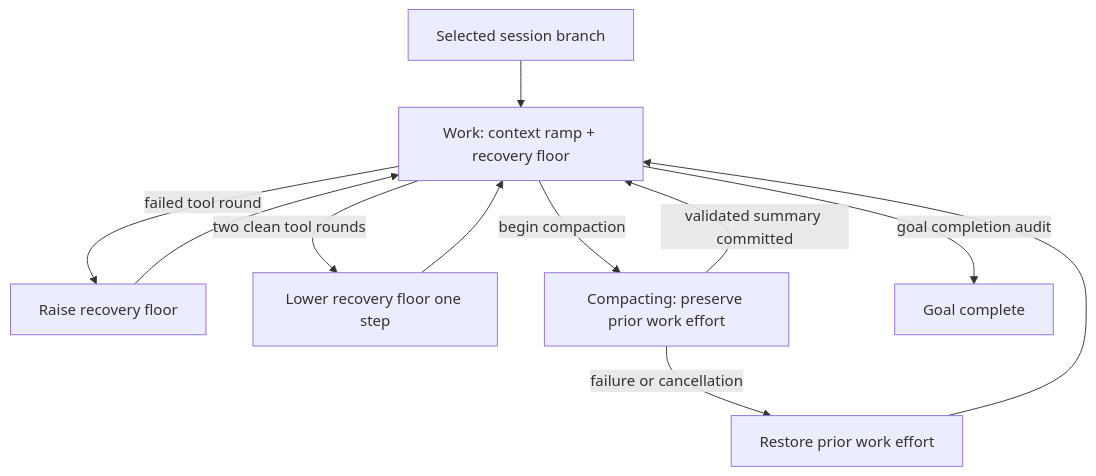
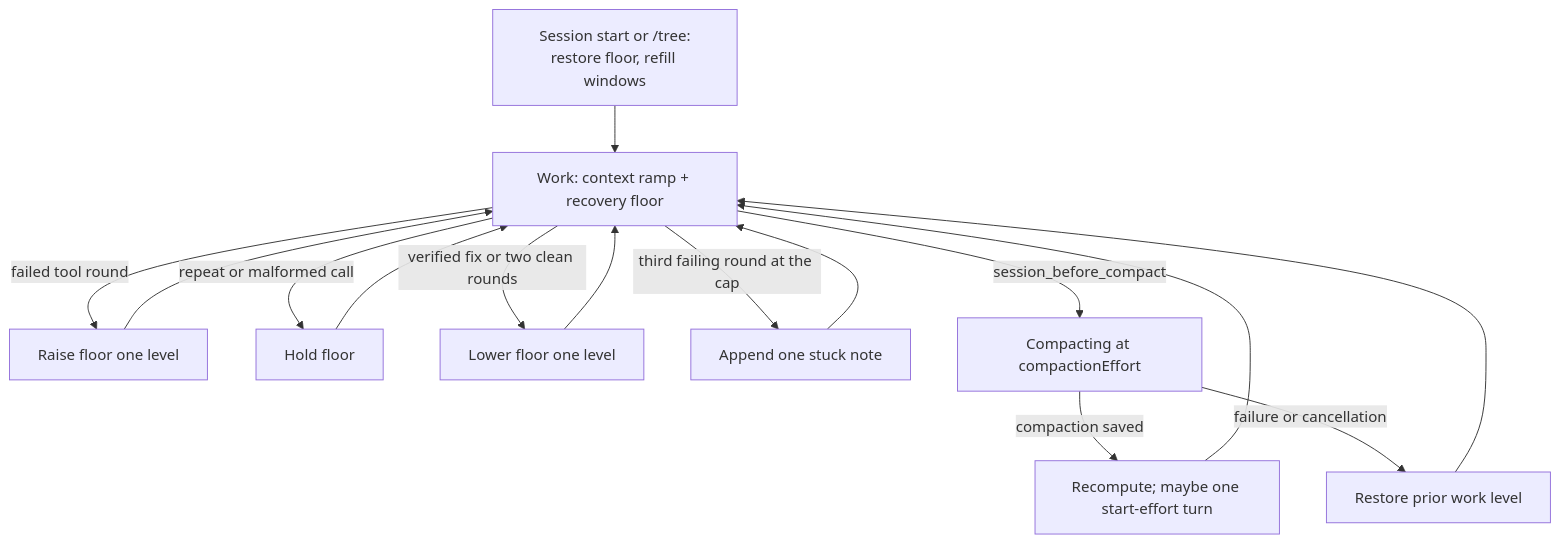
Before and after one commit to kkkaoru/dotfiles: the third of 3 diagrams in tools/pi-effort-manager/README.md, drawn with Mermaid. The commit also changed other lines of this file and 1 other file, not shown here.

First line of the commit message:
docs(pi-effort-manager): explain dynamic effort with diagrams and citations

````diff
--- a/tools/pi-effort-manager/README.md
+++ b/tools/pi-effort-manager/README.md
@@ -155,13 +250,17 @@
 ```mermaid
 flowchart TD
-  Branch[Selected session branch] --> Work[Work: context ramp + recovery floor]
-  Work -->|failed tool round| Recover[Raise recovery floor]
-  Recover --> Work
-  Work -->|two clean tool rounds| Lower[Lower recovery floor one step]
+  Branch["Session start or /tree:<br/>restore floor, refill windows"] --> Work["Work: context ramp + recovery floor"]
+  Work -->|failed tool round| Raise["Raise floor one level"]
+  Raise --> Work
+  Work -->|repeat or malformed call| Hold["Hold floor"]
+  Hold --> Work
+  Work -->|verified fix or two clean rounds| Lower["Lower floor one level"]
   Lower --> Work
-  Work -->|begin compaction| Compact[Compacting: preserve prior work effort]
-  Compact -->|validated summary committed| Work
-  Compact -->|failure or cancellation| Restore[Restore prior work effort]
+  Work -->|third failing round at the cap| Note["Append one stuck note"]
+  Note --> Work
+  Work -->|session_before_compact| Compact["Compacting at compactionEffort"]
+  Compact -->|compaction saved| Recompute["Recompute; maybe one start-effort turn"]
+  Recompute --> Work
+  Compact -->|failure or cancellation| Restore["Restore prior work level"]
   Restore --> Work
-  Work -->|goal completion audit| Done[Goal complete]
 ```
````
